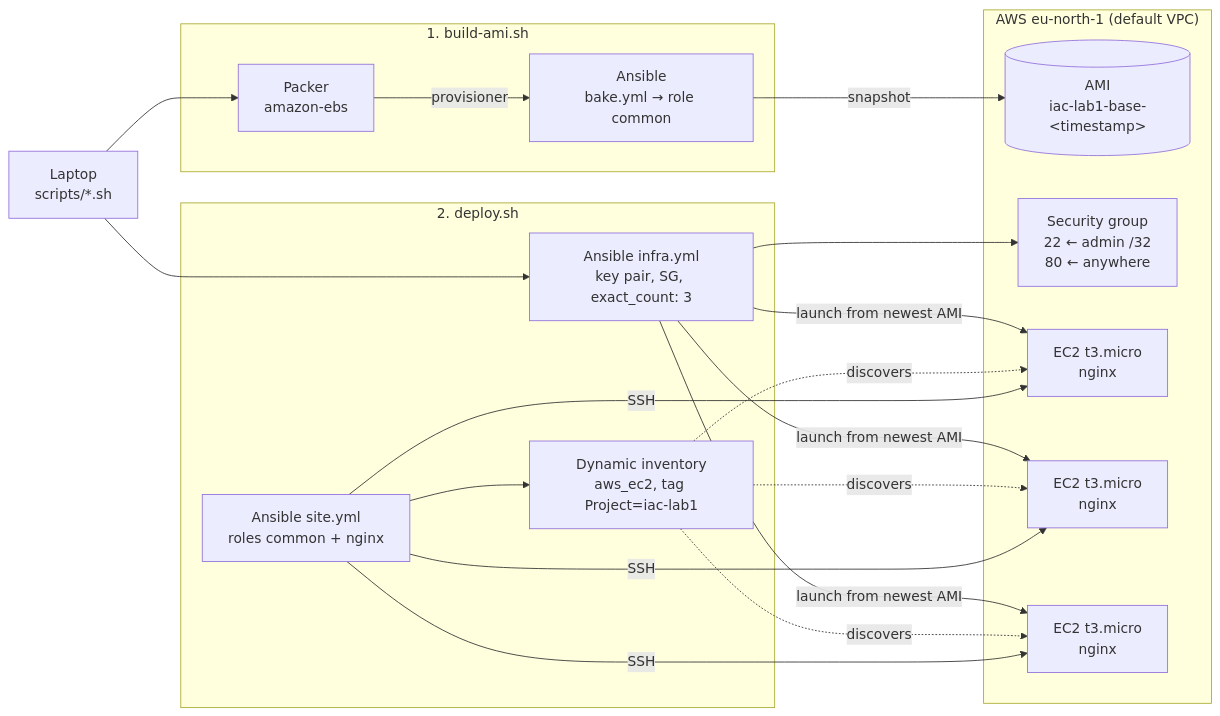
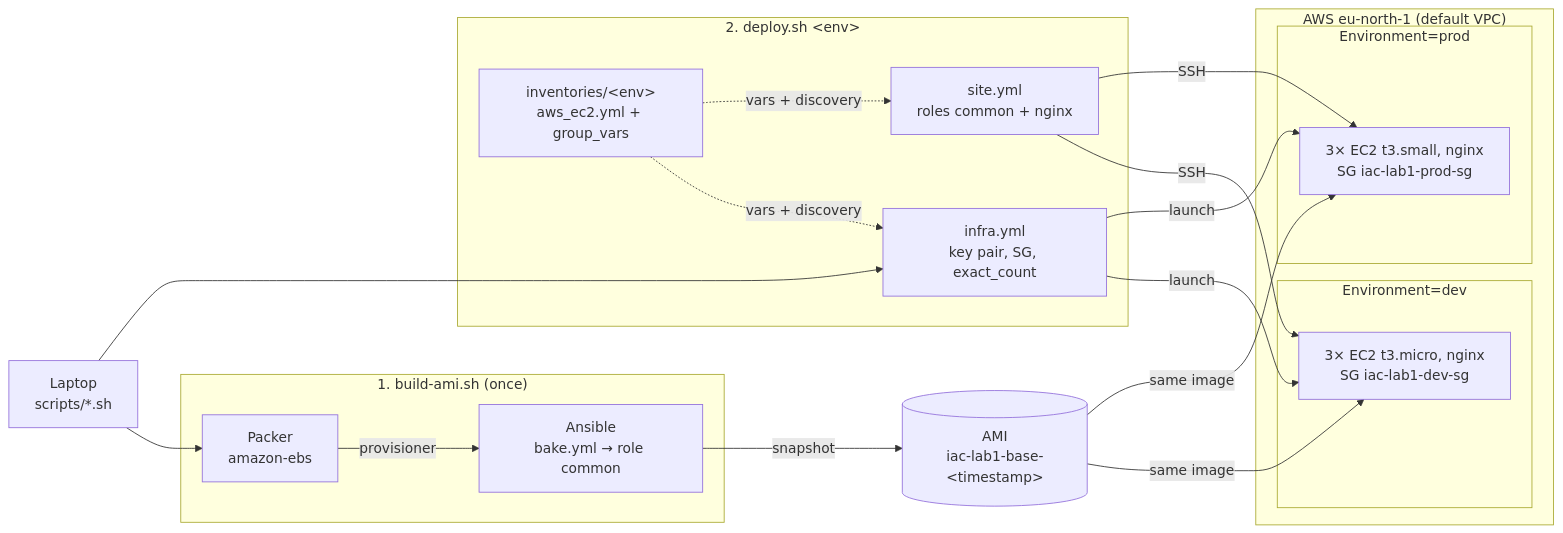
The diagram in LAB1/README.md (KarlErikOol/ICA0024), drawn with Mermaid before and after one commit. The commit also changed other lines of this file and 11 other files, not shown here.

````diff
--- a/LAB1/README.md
+++ b/LAB1/README.md
@@ -9,33 +10,35 @@
 ```mermaid
 flowchart LR
     laptop["Laptop<br/>scripts/*.sh"]
 
-    subgraph build["1. build-ami.sh"]
+    subgraph build["1. build-ami.sh (once)"]
         packer["Packer<br/>amazon-ebs"]
         bake["Ansible<br/>bake.yml → role common"]
         packer -->|provisioner| bake
     end
 
-    subgraph aws["AWS eu-north-1 (default VPC)"]
-        ami[("AMI<br/>iac-lab1-base-&lt;timestamp&gt;")]
-        sg["Security group<br/>22 ← admin /32<br/>80 ← anywhere"]
-        ec2a["EC2 t3.micro<br/>nginx"]
-        ec2b["EC2 t3.micro<br/>nginx"]
-        ec2c["EC2 t3.micro<br/>nginx"]
+    ami[("AMI<br/>iac-lab1-base-&lt;timestamp&gt;")]
+
+    subgraph deploy["2. deploy.sh &lt;env&gt;"]
+        inv["inventories/&lt;env&gt;<br/>aws_ec2.yml + group_vars"]
+        infra["infra.yml<br/>key pair, SG, exact_count"]
+        site["site.yml<br/>roles common + nginx"]
     end
 
-    subgraph deploy["2. deploy.sh"]
-        infra["Ansible infra.yml<br/>key pair, SG, exact_count: 3"]
-        site["Ansible site.yml<br/>roles common + nginx"]
-        inv["Dynamic inventory<br/>aws_ec2, tag Project=iac-lab1"]
+    subgraph aws["AWS eu-north-1 (default VPC)"]
+        subgraph dev["Environment=dev"]
+            d["3× EC2 t3.micro, nginx<br/>SG iac-lab1-dev-sg"]
+        end
+        subgraph prod["Environment=prod"]
+            p["3× EC2 t3.small, nginx<br/>SG iac-lab1-prod-sg"]
+        end
     end
 
     laptop --> packer
     bake -->|snapshot| ami
     laptop --> infra
-    infra -->|launch from newest AMI| ec2a & ec2b & ec2c
-    infra --> sg
-    inv -.->|discovers| ec2a & ec2b & ec2c
-    site --> inv
-    site -->|SSH| ec2a & ec2b & ec2c
+    inv -.->|vars + discovery| infra & site
+    ami -->|same image| d & p
+    infra -->|launch| d & p
+    site -->|SSH| d & p
 ```
````
